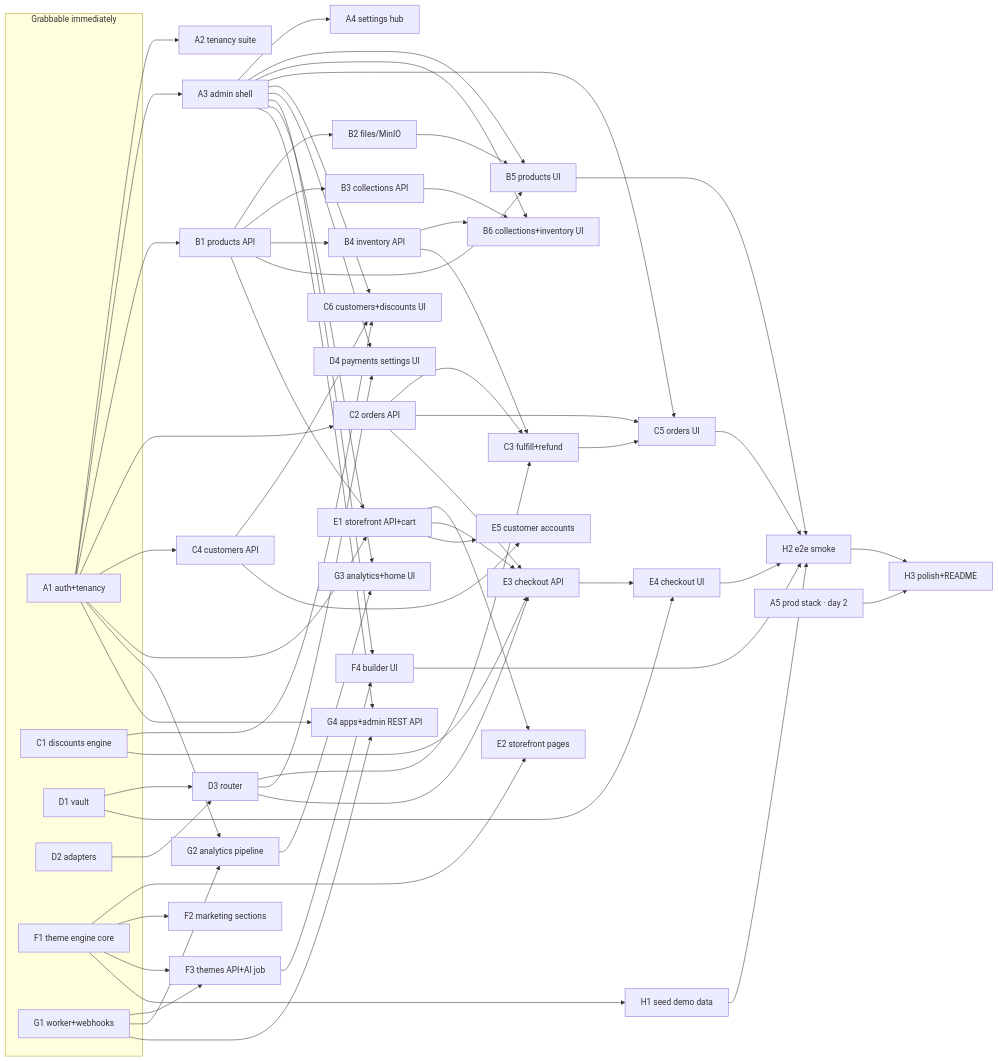
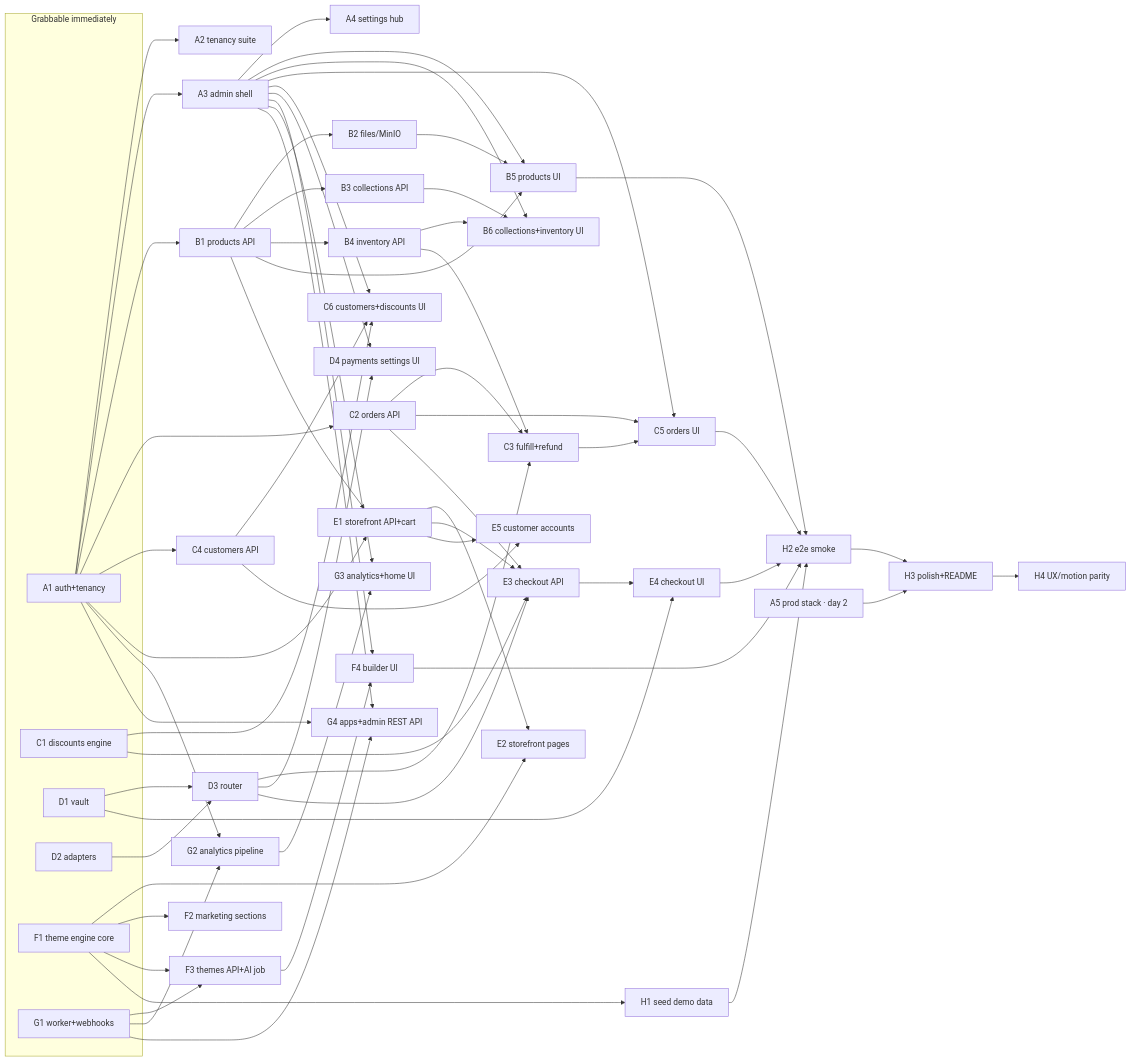
One commit to pauljurgens11/shopify changed the diagram in docs/issues/README.md. Above: the diagram before and after it, drawn with Mermaid. The commit also changed 2 other files, not shown here.

Commit message:
docs(root): add issue H4 — UX/motion parity audit (animations & interaction polish)

````diff
--- a/docs/issues/README.md
+++ b/docs/issues/README.md
@@ -100,71 +100,72 @@
 ```mermaid
 graph LR
   subgraph now [Grabbable immediately]
     A1[A1 auth+tenancy]
     C1[C1 discounts engine]
     D1[D1 vault]
     D2[D2 adapters]
     F1[F1 theme engine core]
     G1[G1 worker+webhooks]
   end
   A1 --> A2[A2 tenancy suite]
   A1 --> A3[A3 admin shell]
   A1 --> B1[B1 products API]
   A1 --> C2[C2 orders API]
   A1 --> C4[C4 customers API]
   A3 --> A4[A4 settings hub]
   B1 --> B2[B2 files/MinIO]
   B1 --> B3[B3 collections API]
   B1 --> B4[B4 inventory API]
   A3 --> B5[B5 products UI]
   B1 --> B5
   B2 --> B5
   A3 --> B6[B6 collections+inventory UI]
   B3 --> B6
   B4 --> B6
   D1 --> D3[D3 router]
   D2 --> D3
   C2 --> C3[C3 fulfill+refund]
   B4 --> C3
   D3 --> C3
   A3 --> C5[C5 orders UI]
   C2 --> C5
   C3 --> C5
   A3 --> C6[C6 customers+discounts UI]
   C1 --> C6
   C4 --> C6
   A3 --> D4[D4 payments settings UI]
   D3 --> D4
   A1 --> E1[E1 storefront API+cart]
   B1 --> E1
   E1 --> E2[E2 storefront pages]
   F1 --> E2
   E1 --> E3[E3 checkout API]
   C1 --> E3
   C2 --> E3
   D3 --> E3
   E3 --> E4[E4 checkout UI]
   D1 --> E4
   E1 --> E5[E5 customer accounts]
   C4 --> E5
   F1 --> F2[F2 marketing sections]
   F1 --> F3[F3 themes API+AI job]
   G1 --> F3
   A3 --> F4[F4 builder UI]
   F3 --> F4
   A1 --> G2[G2 analytics pipeline]
   G1 --> G2
   A3 --> G3[G3 analytics+home UI]
   G2 --> G3
   A1 --> G4[G4 apps+admin REST API]
   A3 --> G4
   G1 --> G4
   F1 --> H1[H1 seed demo data]
   B5 --> H2[H2 e2e smoke]
   C5 --> H2
   E4 --> H2
   F4 --> H2
   H1 --> H2
   H2 --> H3[H3 polish+README]
   A5[A5 prod stack · day 2] --> H3
+  H3 --> H4[H4 UX/motion parity]
 ```
````
